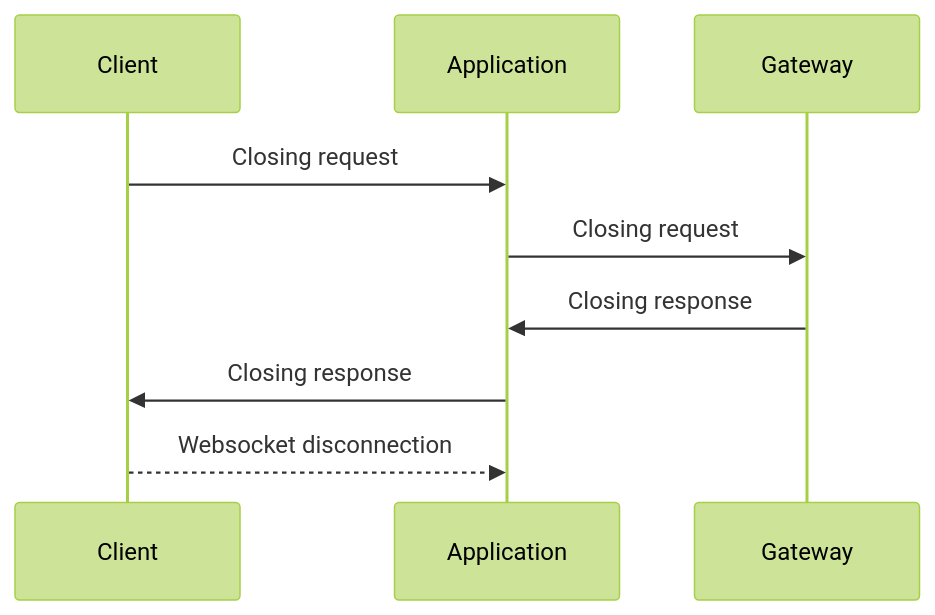
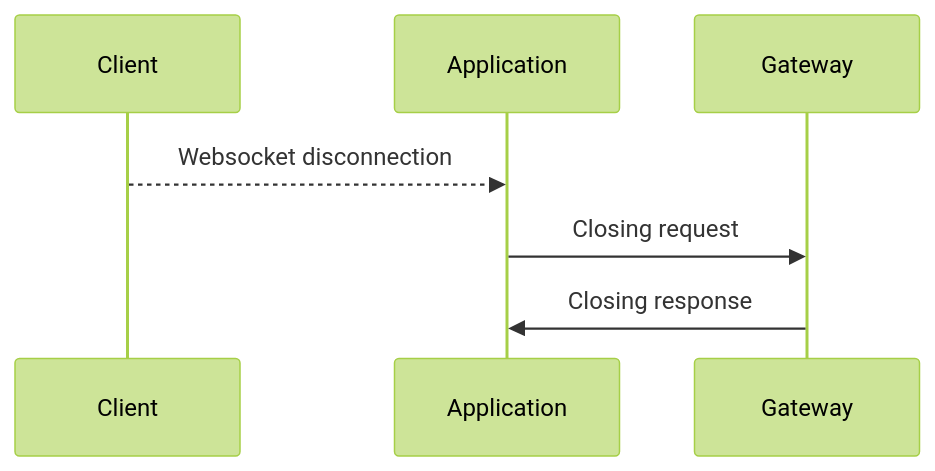
One commit to ErFer7/WebChat changed the third of 11 diagrams in documentation/Protocol.md. Above: the diagram before and after it, drawn with Mermaid (forest theme). The commit also changed other lines of this file and 16 other files, not shown here.

````diff
--- a/documentation/Protocol.md
+++ b/documentation/Protocol.md
@@ -285,8 +285,6 @@
 ```mermaid
 sequenceDiagram
-  Client ->> Application: Closing request
+  Client -->> Application: Websocket disconnection
   Application ->> Gateway: Closing request
   Gateway ->> Application: Closing response
-  Application ->> Client: Closing response
-  Client -->> Application: Websocket disconnection
 ```
````
